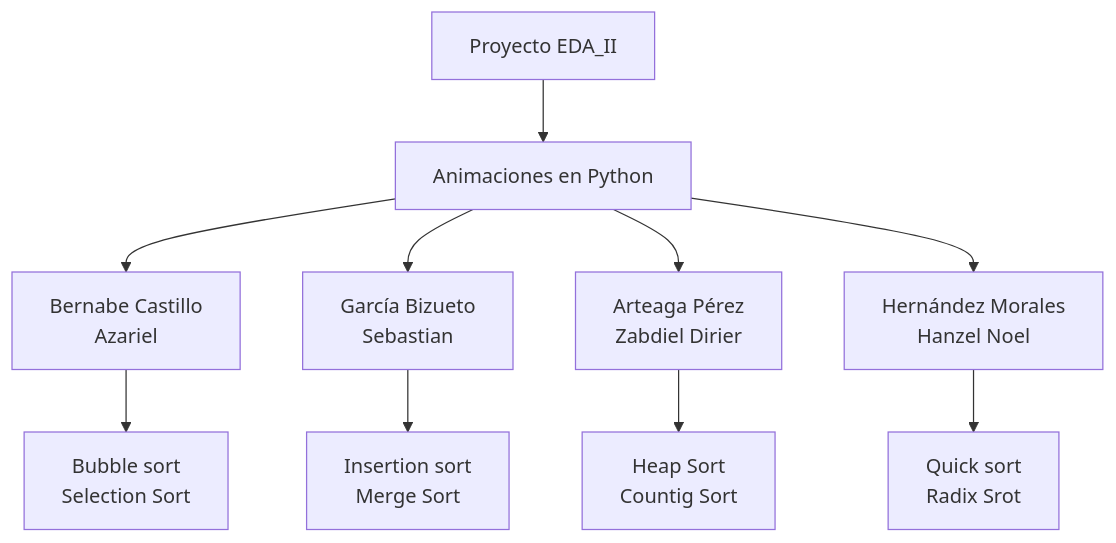
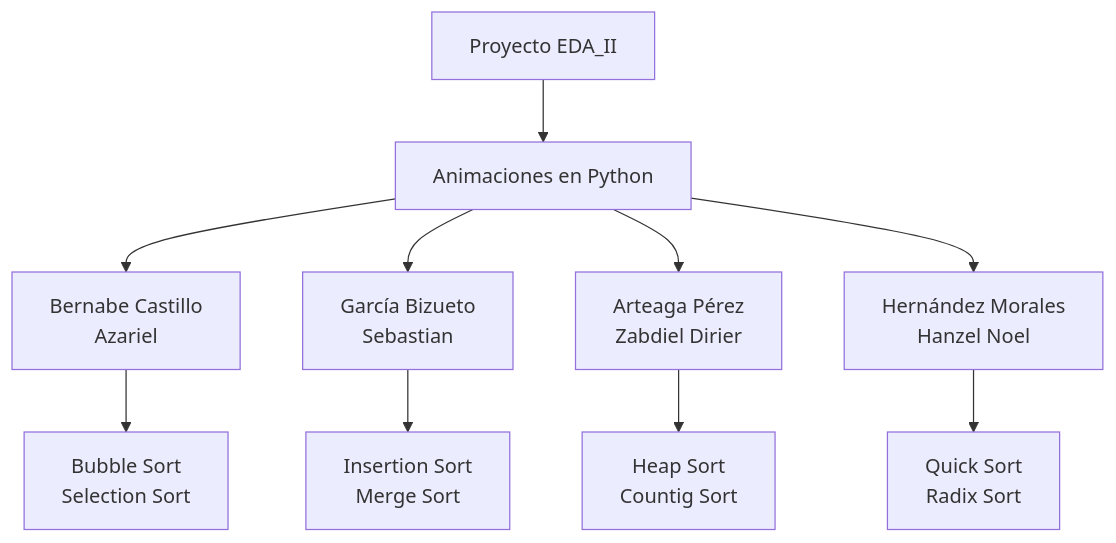
Before and after one commit to garciabizuetosebastian/Proyecto-EDA-ll: the diagram in README.md, drawn with Mermaid. The commit also changed 2 other files, not shown here.

Commit message:
reporte insertion_merge de latex

````diff
--- a/README.md
+++ b/README.md
@@ -23,13 +23,13 @@
 ```mermaid
 flowchart TD
 	A[Proyecto EDA_II]
 	B[Animaciones en Python]
 	A --> B -->C
-	C[Bernabe Castillo \nAzariel] --> CC[Bubble sort\nSelection Sort]
+	C[Bernabe Castillo \nAzariel] --> CC[Bubble Sort\nSelection Sort]
 	B --> D 
-	D[García Bizueto \nSebastian]--> DD[Insertion sort\nMerge Sort]
+	D[García Bizueto \nSebastian]--> DD[Insertion Sort\nMerge Sort]
 	B --> E
 	B--> F
 	E[Arteaga Pérez \nZabdiel Dirier] --> EE[Heap Sort\nCountig Sort]
-	F[Hernández Morales \nHanzel Noel] --> FF[Quick sort \n Radix Srot]
+	F[Hernández Morales \nHanzel Noel] --> FF[Quick Sort \n Radix Sort]
 ```
````
